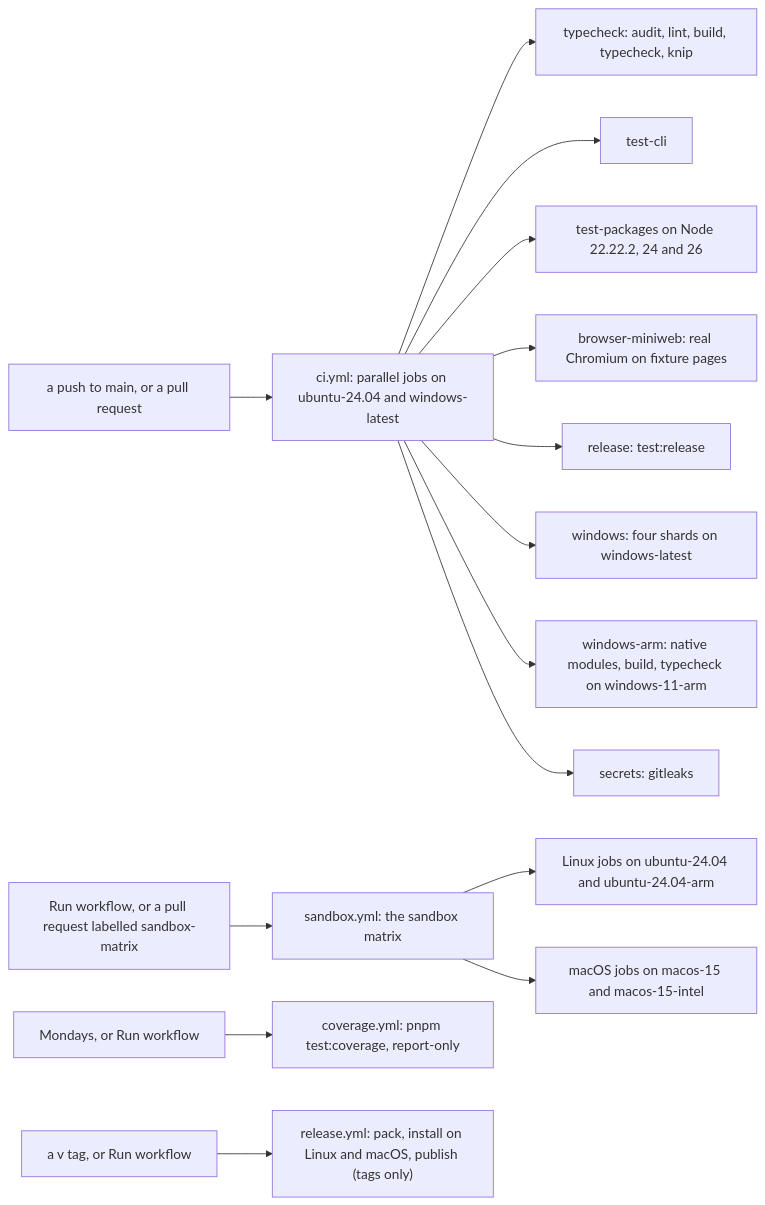
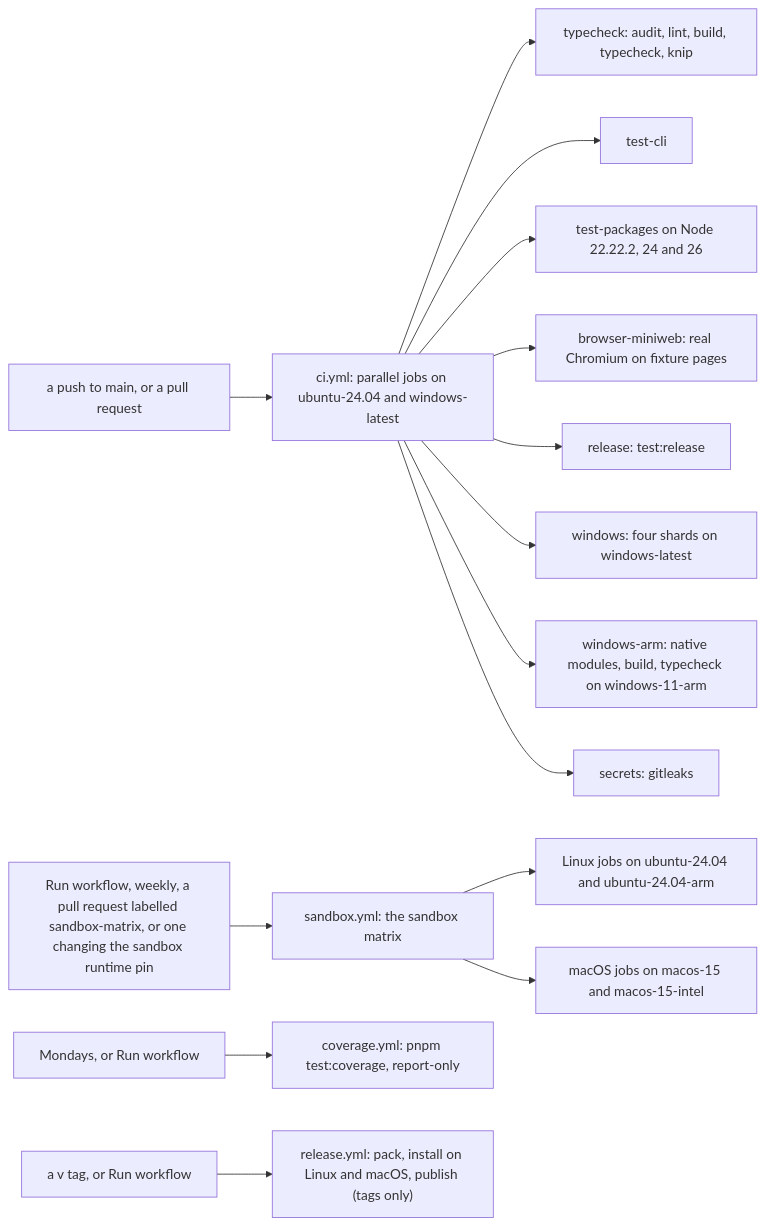
Before and after one commit to atanasster/tavi: the diagram in docs/DEVELOPMENT.md, drawn with Mermaid. The commit also changed other lines of this file and 5 other files, not shown here.

First line of the commit message:
The sandbox runtime's bumps run the full sandbox matrix

````diff
--- a/docs/DEVELOPMENT.md
+++ b/docs/DEVELOPMENT.md
@@ -491,17 +495,17 @@
 ```mermaid
 flowchart LR
   push["a push to main, or a pull request"] --> ci["ci.yml: parallel jobs on ubuntu-24.04 and windows-latest"]
   ci --> typecheck["typecheck: audit, lint, build, typecheck, knip"]
   ci --> cli["test-cli"]
   ci --> packages["test-packages on Node 22.22.2, 24 and 26"]
   ci --> miniweb["browser-miniweb: real Chromium on fixture pages"]
   ci --> release["release: test:release"]
   ci --> windows["windows: four shards on windows-latest"]
   ci --> windowsArm["windows-arm: native modules, build, typecheck on windows-11-arm"]
   ci --> secrets["secrets: gitleaks"]
-  demand["Run workflow, or a pull request labelled sandbox-matrix"] --> matrix["sandbox.yml: the sandbox matrix"]
+  demand["Run workflow, weekly, a pull request labelled sandbox-matrix, or one changing the sandbox runtime pin"] --> matrix["sandbox.yml: the sandbox matrix"]
   matrix --> linux["Linux jobs on ubuntu-24.04 and ubuntu-24.04-arm"]
   matrix --> mac["macOS jobs on macos-15 and macos-15-intel"]
   weekly["Mondays, or Run workflow"] --> coverage_yml["coverage.yml: pnpm test:coverage, report-only"]
   tag["a v<version> tag, or Run workflow"] --> release_yml["release.yml: pack, install on Linux and macOS, publish (tags only)"]
 ```
````
